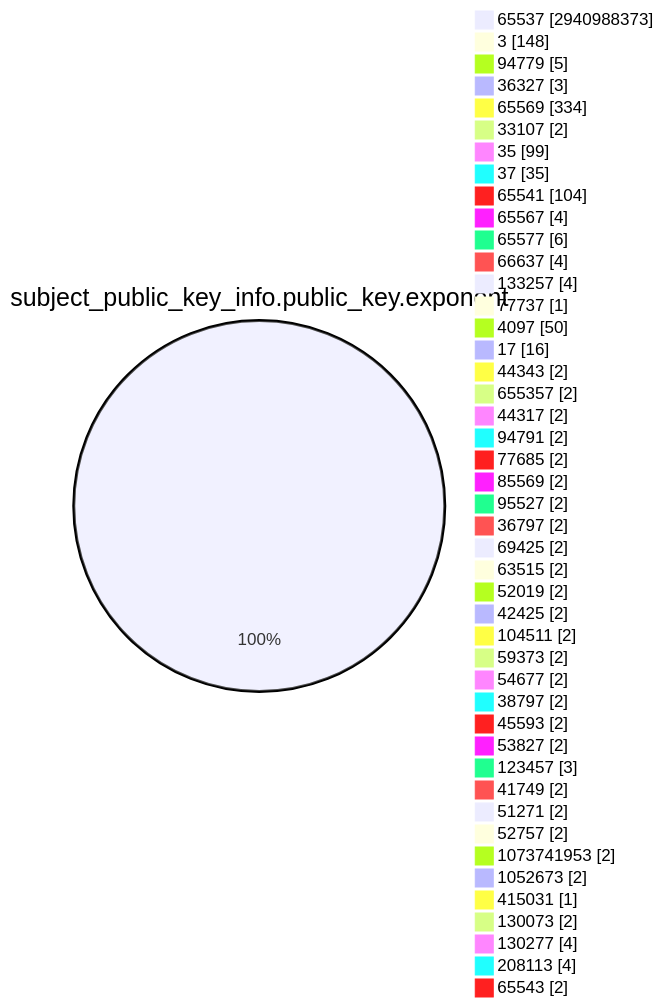
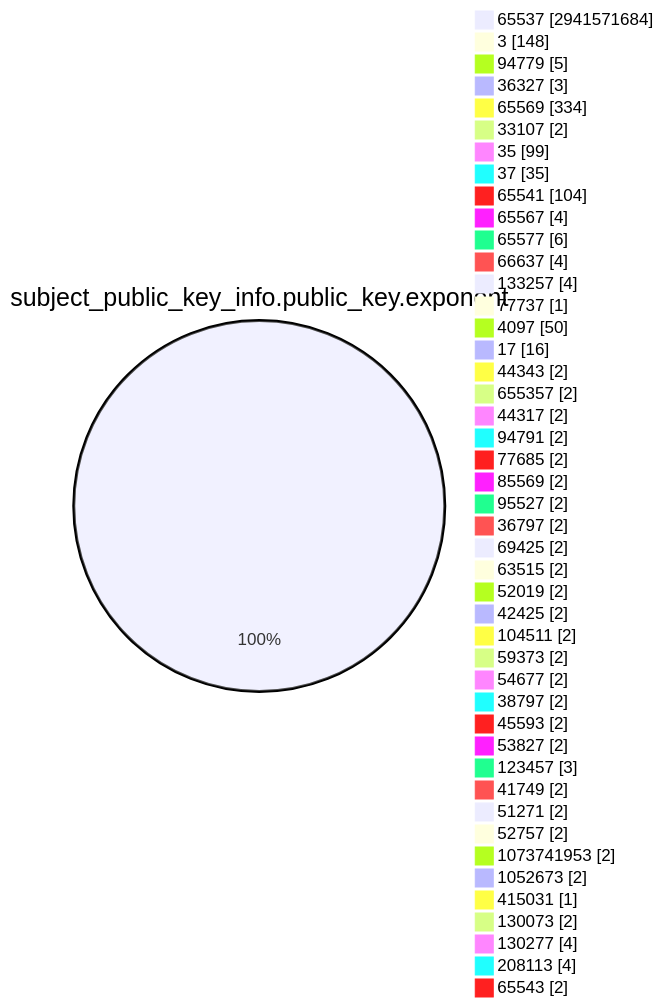
One commit to christiankrug/ctmonitor_visualization changed the fourth of 15 diagrams in TOTAL/README.md. Above: the diagram before and after it, drawn with Mermaid. The commit also changed other lines of this file, not shown here.

````diff
--- a/TOTAL/README.md
+++ b/TOTAL/README.md
@@ -1471,49 +1471,49 @@
 ```mermaid
 pie showData
 title subject_public_key_info.public_key.exponent
-"65537" :2940988373
+"65537" :2941571684
 "3" :148
 "94779" :5
 "36327" :3
 "65569" :334
 "33107" :2
 "35" :99
 "37" :35
 "65541" :104
 "65567" :4
 "65577" :6
 "66637" :4
 "133257" :4
 "77737" :1
 "4097" :50
 "17" :16
 "44343" :2
 "655357" :2
 "44317" :2
 "94791" :2
 "77685" :2
 "85569" :2
 "95527" :2
 "36797" :2
 "69425" :2
 "63515" :2
 "52019" :2
 "42425" :2
 "104511" :2
 "59373" :2
 "54677" :2
 "38797" :2
 "45593" :2
 "53827" :2
 "123457" :3
 "41749" :2
 "51271" :2
 "52757" :2
 "1073741953" :2
 "1052673" :2
 "415031" :1
 "130073" :2
 "130277" :4
 "208113" :4
 "65543" :2
 ```
````
